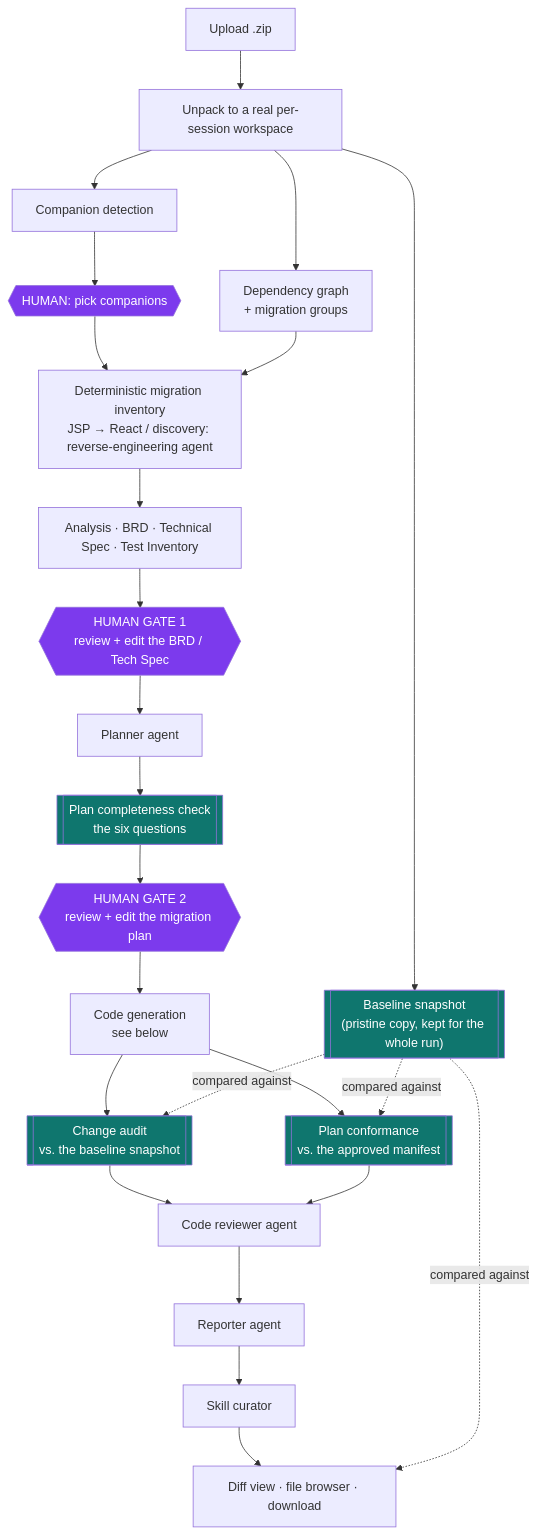
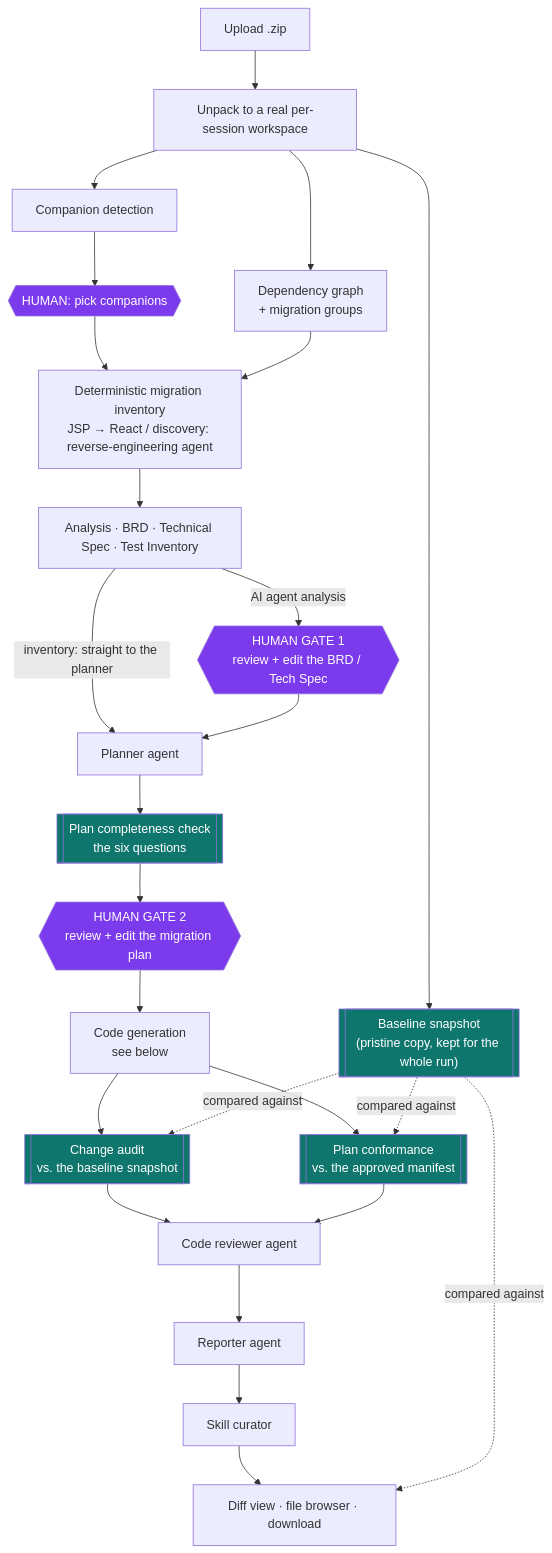
One commit to Sugeesh-suresh/app-modernizer changed the first of 2 diagrams in README.md. Above: the diagram before and after it, drawn with Mermaid. The commit also changed other lines of this file and 10 other files, not shown here.

````diff
--- a/README.md
+++ b/README.md
@@ -98,37 +98,38 @@
 ```mermaid
 flowchart TD
     U[Upload .zip] --> W[Unpack to a real per-session workspace]
     W --> SNAP[["Baseline snapshot<br/>(pristine copy, kept for the whole run)"]]
     W --> DG[Dependency graph<br/>+ migration groups]
     W --> CD[Companion detection]
     CD --> SEL{{HUMAN: pick companions}}
 
     SEL --> RE[Deterministic migration inventory<br/>JSP → React / discovery: reverse-engineering agent]
     DG --> RE
     RE --> DOC[Analysis · BRD · Technical Spec · Test Inventory]
-    DOC --> G1{{"HUMAN GATE 1<br/>review + edit the BRD / Tech Spec"}}
+    DOC -->|inventory: straight to the planner| PLAN
+    DOC -->|AI agent analysis| G1{{"HUMAN GATE 1<br/>review + edit the BRD / Tech Spec"}}
 
     G1 --> PLAN[Planner agent]
     PLAN --> CHK[[Plan completeness check<br/>the six questions]]
     CHK --> G2{{"HUMAN GATE 2<br/>review + edit the migration plan"}}
 
     G2 --> CODE[Code generation<br/>see below]
     CODE --> AUDIT[[Change audit<br/>vs. the baseline snapshot]]
     CODE --> CONF[[Plan conformance<br/>vs. the approved manifest]]
     AUDIT --> CR[Code reviewer agent]
     CONF --> CR
     CR --> REP[Reporter agent] --> CUR[Skill curator]
     CUR --> OUT[Diff view · file browser · download]
 
     SNAP -.compared against.-> AUDIT
     SNAP -.compared against.-> CONF
     SNAP -.compared against.-> OUT
 
     style G1 fill:#7c3aed,color:#fff
     style G2 fill:#7c3aed,color:#fff
     style SEL fill:#7c3aed,color:#fff
     style SNAP fill:#0f766e,color:#fff
     style CHK fill:#0f766e,color:#fff
     style AUDIT fill:#0f766e,color:#fff
     style CONF fill:#0f766e,color:#fff
 ```
````
